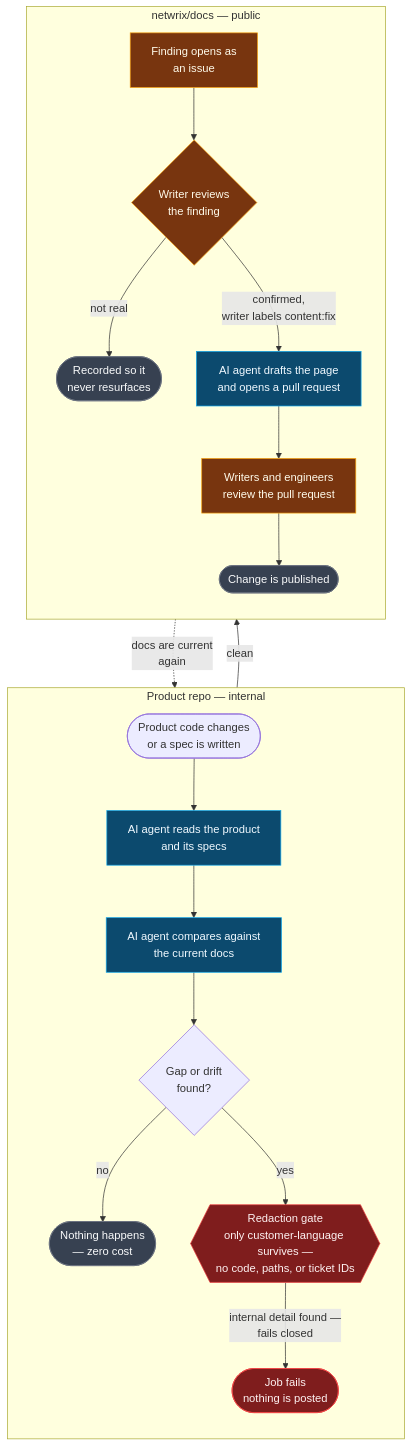
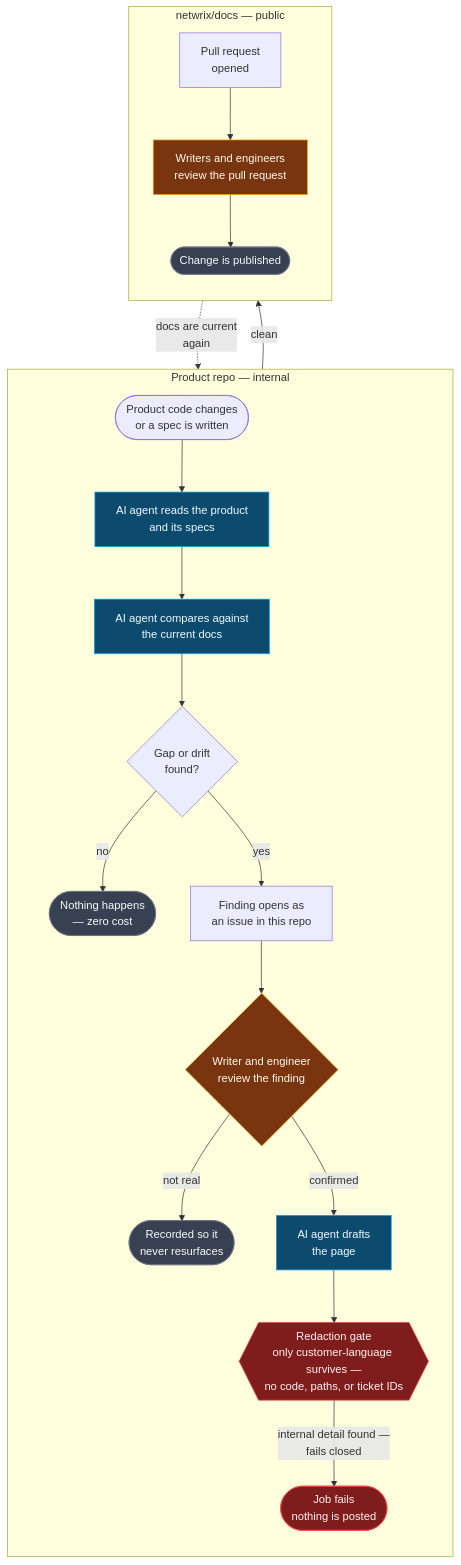
The first of 7 diagrams in docsync/xchange-article.md (netwrix/docs), drawn with Mermaid before and after one commit. The commit also changed other lines of this file, not shown here.

Commit message:
Move the finding issue to the internal product repo
Findings and their human review now stay entirely inside the
product's own repository, not netwrix/docs. The redaction gate
moves accordingly: it no longer guards issue creation (a
private-repo issue can carry full internal evidence safely) — it
guards the one remaining public crossing, the AI-drafted page,
right before a pull request can open in netwrix/docs.

Flag the consequence rather than solve it silently: writers
currently work only in netwrix/docs, so this introduces a new
access requirement (read/comment access to the product repo, or
another bridge) that today's design doesn't yet provide.

````diff
--- a/docsync/xchange-article.md
+++ b/docsync/xchange-article.md
@@ -37,39 +41,36 @@
 ```mermaid
 flowchart TB
   subgraph PR["Product repo — internal"]
     direction TB
     A(["Product code changes<br/>or a spec is written"]) --> B["AI agent reads the product<br/>and its specs"]
     B --> C["AI agent compares against<br/>the current docs"]
     C --> D{"Gap or drift<br/>found?"}
     D -- "no" --> E(["Nothing happens<br/>— zero cost"])
-    D -- "yes" --> RED{{"Redaction gate<br/>only customer-language survives —<br/>no code, paths, or ticket IDs"}}
+    D -- "yes" --> F["Finding opens as<br/>an issue in this repo"]
+    F --> G{"Writer and engineer<br/>review the finding"}
+    G -- "not real" --> H(["Recorded so it<br/>never resurfaces"])
+    G -- "confirmed" --> I["AI agent drafts<br/>the page"]
+    I --> RED{{"Redaction gate<br/>only customer-language survives —<br/>no code, paths, or ticket IDs"}}
     RED -- "internal detail found —<br/>fails closed" --> FAIL(["Job fails<br/>nothing is posted"])
   end
 
   subgraph DOCS["netwrix/docs — public"]
     direction TB
-    F["Finding opens as<br/>an issue"]
-    G{"Writer reviews<br/>the finding"}
-    H(["Recorded so it<br/>never resurfaces"])
-    I["AI agent drafts the page<br/>and opens a pull request"]
+    PRQ["Pull request<br/>opened"]
     J["Writers and engineers<br/>review the pull request"]
     K(["Change is published"])
-    F --> G
-    G -- "not real" --> H
-    G -- "confirmed,<br/>writer labels content:fix" --> I
-    I --> J
-    J --> K
+    PRQ --> J --> K
   end
 
-  RED -- "clean" --> F
+  RED -- "clean" --> PRQ
   K -.->|"docs are current<br/>again"| C
 
   classDef stop fill:#374151,stroke:#6b7280,color:#f9fafb
   classDef human fill:#78350f,stroke:#f59e0b,color:#fffbeb
   classDef ai fill:#0c4a6e,stroke:#0ea5e9,color:#f0f9ff
   classDef gate fill:#7f1d1d,stroke:#ef4444,color:#fef2f2
   class E,H,K stop
-  class F,G,J human
+  class G,J human
   class B,C,I ai
   class RED,FAIL gate
 ```
````
